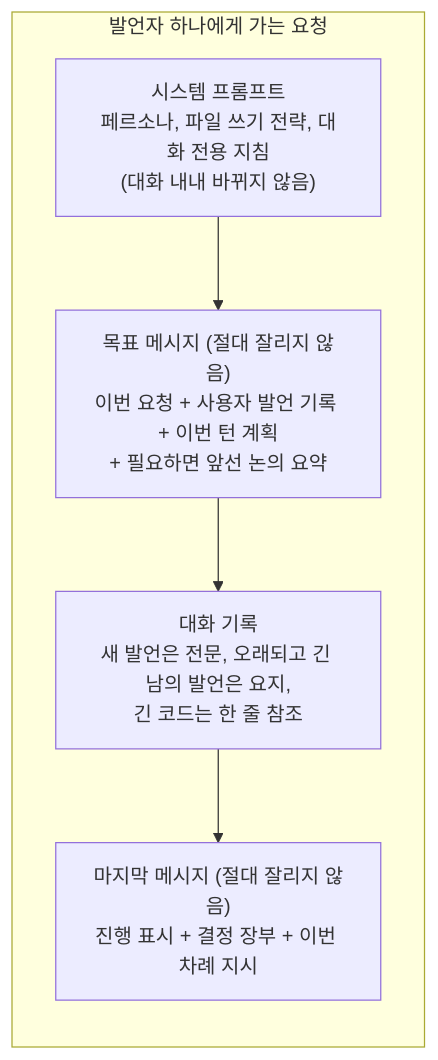
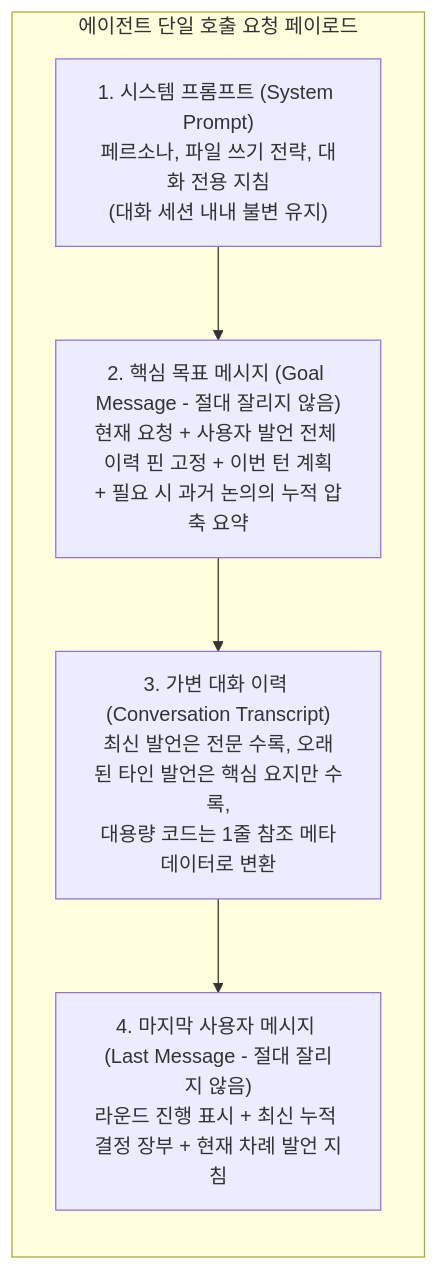
The diagram in lectures/04-core-techniques/05-context-memory.md (HaJaehee/MultiAgentDebateAndOrchestrationPlatform), drawn with Mermaid before and after one commit. The commit also changed other lines of this file and 39 other files, not shown here.

````diff
--- a/lectures/04-core-techniques/05-context-memory.md
+++ b/lectures/04-core-techniques/05-context-memory.md
@@ -41,11 +33,11 @@
 ```mermaid
 flowchart TB
-    subgraph req["발언자 하나에게 가는 요청"]
+    subgraph req["에이전트 단일 호출 요청 페이로드"]
         direction TB
-        sys["시스템 프롬프트<br/>페르소나, 파일 쓰기 전략, 대화 전용 지침<br/>(대화 내내 바뀌지 않음)"]
-        goal["목표 메시지 (절대 잘리지 않음)<br/>이번 요청 + 사용자 발언 기록 + 이번 턴 계획<br/>+ 필요하면 앞선 논의 요약"]
-        trans["대화 기록<br/>새 발언은 전문, 오래되고 긴 남의 발언은 요지,<br/>긴 코드는 한 줄 참조"]
-        last["마지막 메시지 (절대 잘리지 않음)<br/>진행 표시 + 결정 장부 + 이번 차례 지시"]
+        sys["1. 시스템 프롬프트 (System Prompt)<br/>페르소나, 파일 쓰기 전략, 대화 전용 지침<br/>(대화 세션 내내 불변 유지)"]
+        goal["2. 핵심 목표 메시지 (Goal Message - 절대 잘리지 않음)<br/>현재 요청 + 사용자 발언 전체 이력 핀 고정 + 이번 턴 계획<br/>+ 필요 시 과거 논의의 누적 압축 요약"]
+        trans["3. 가변 대화 이력 (Conversation Transcript)<br/>최신 발언은 전문 수록, 오래된 타인 발언은 핵심 요지만 수록,<br/>대용량 코드는 1줄 참조 메타데이터로 변환"]
+        last["4. 마지막 사용자 메시지 (Last Message - 절대 잘리지 않음)<br/>라운드 진행 표시 + 최신 누적 결정 장부 + 현재 차례 발언 지침"]
         sys --> goal --> trans --> last
     end
 ```
````
